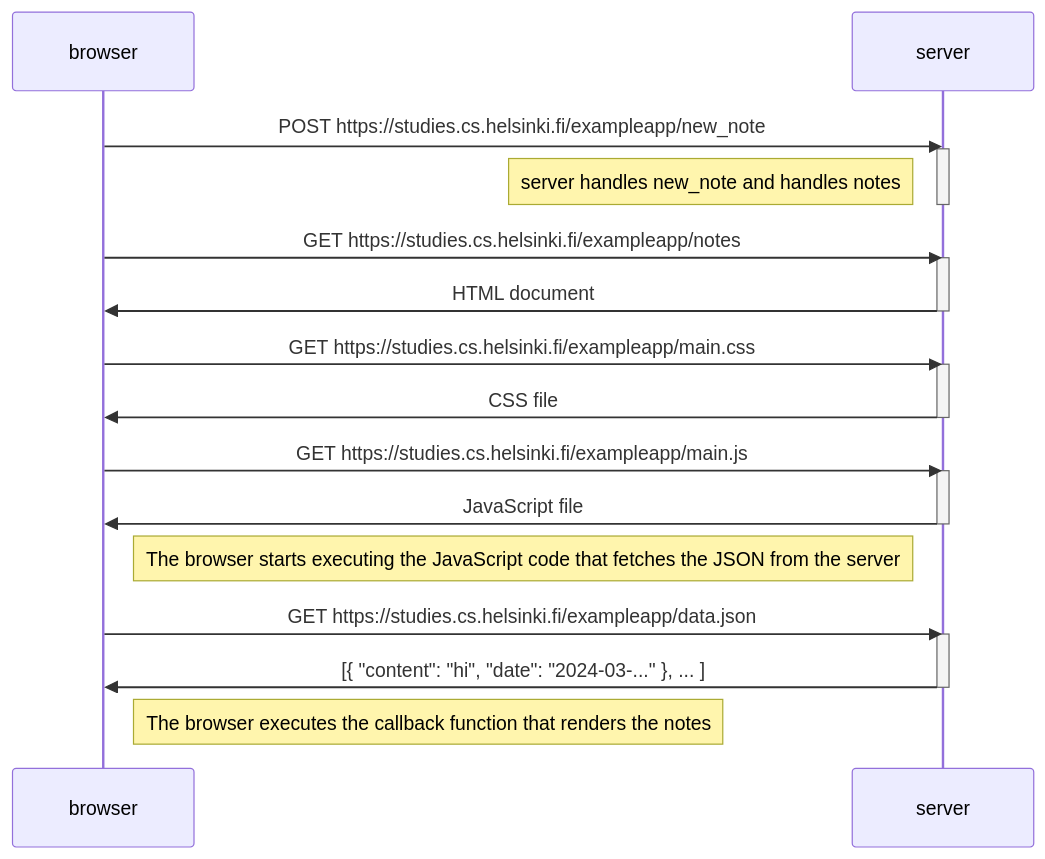
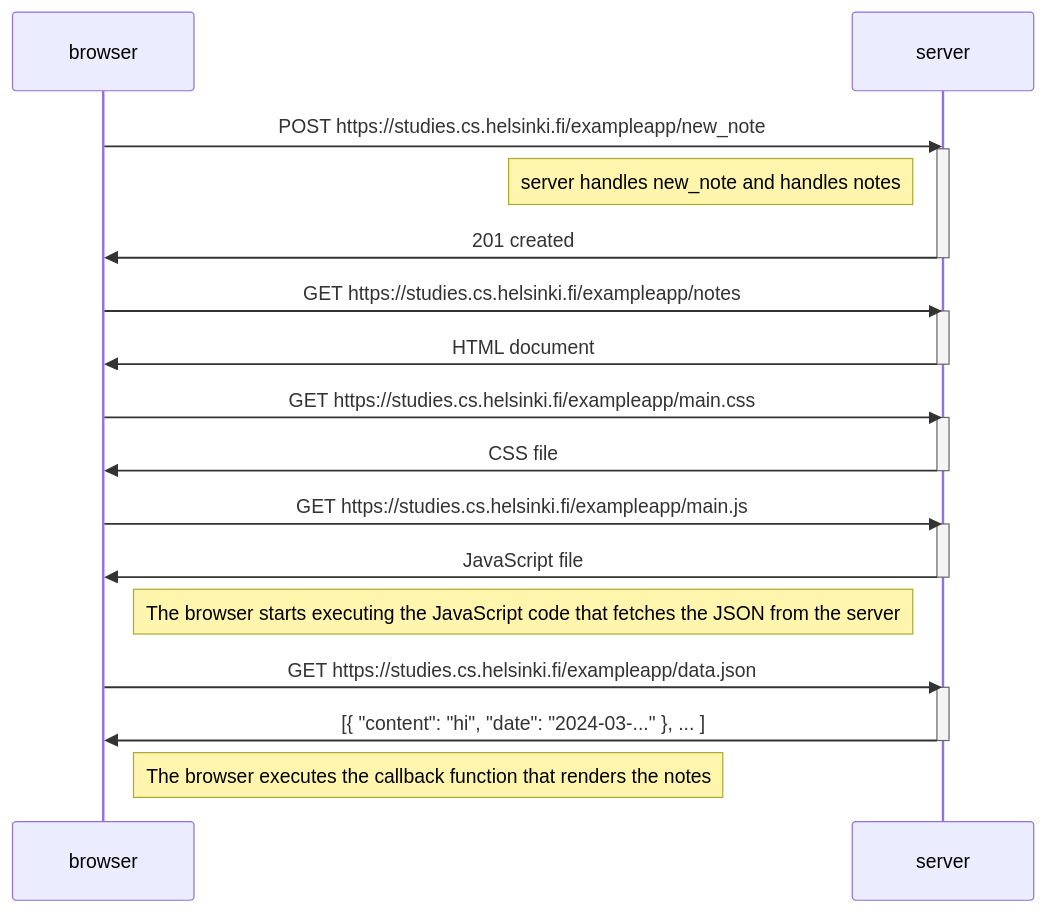
The diagram in Part0/newNote.md (J0hn3ric/FullStackOpen), drawn with Mermaid before and after one commit.

````diff
--- a/Part0/newNote.md
+++ b/Part0/newNote.md
@@ -1,35 +1,36 @@
 ```mermaid
 sequenceDiagram
 
     browser->>server: POST https://studies.cs.helsinki.fi/exampleapp/new_note;
     activate server
     Note left of server: server handles new_note and handles notes
+    server->>browser: 201 created
     deactivate server
 
     browser->>server: GET https://studies.cs.helsinki.fi/exampleapp/notes
     activate server
     server->>browser: HTML document
     deactivate server
 
     browser->>server: GET https://studies.cs.helsinki.fi/exampleapp/main.css
     activate server
     server->>browser: CSS file
     deactivate server
 
     browser->>server: GET https://studies.cs.helsinki.fi/exampleapp/main.js
     activate server
     server->>browser: JavaScript file
     deactivate server
 
     Note right of browser: The browser starts executing the JavaScript code that fetches the JSON from the server
 
     browser->>server: GET https://studies.cs.helsinki.fi/exampleapp/data.json
     activate server
     server->>browser: [{ "content": "hi", "date": "2024-03-..." }, ... ]
     deactivate server
 
     Note right of browser: The browser executes the callback function that renders the notes
 
 
 
 ```
````
